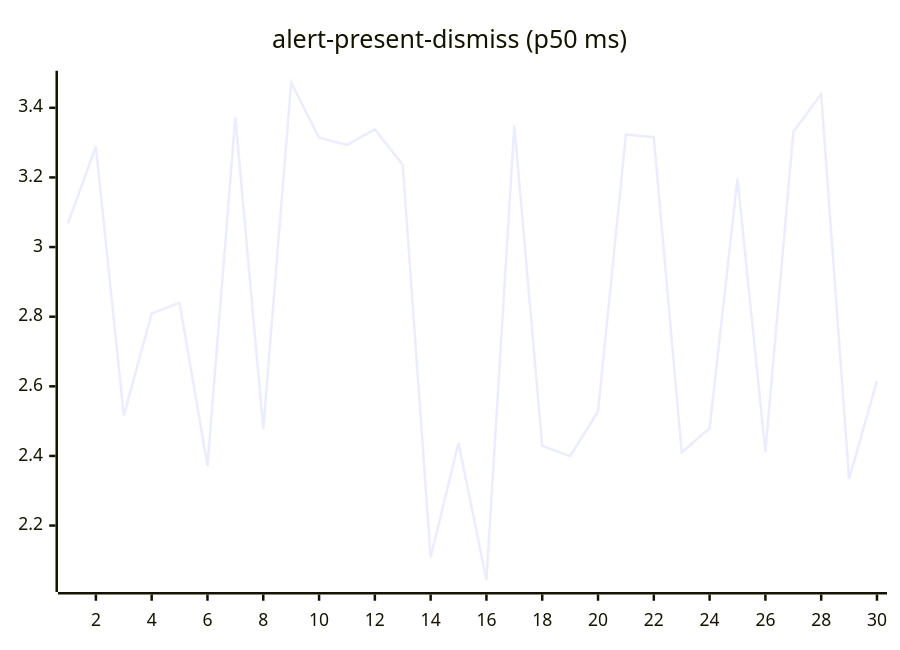
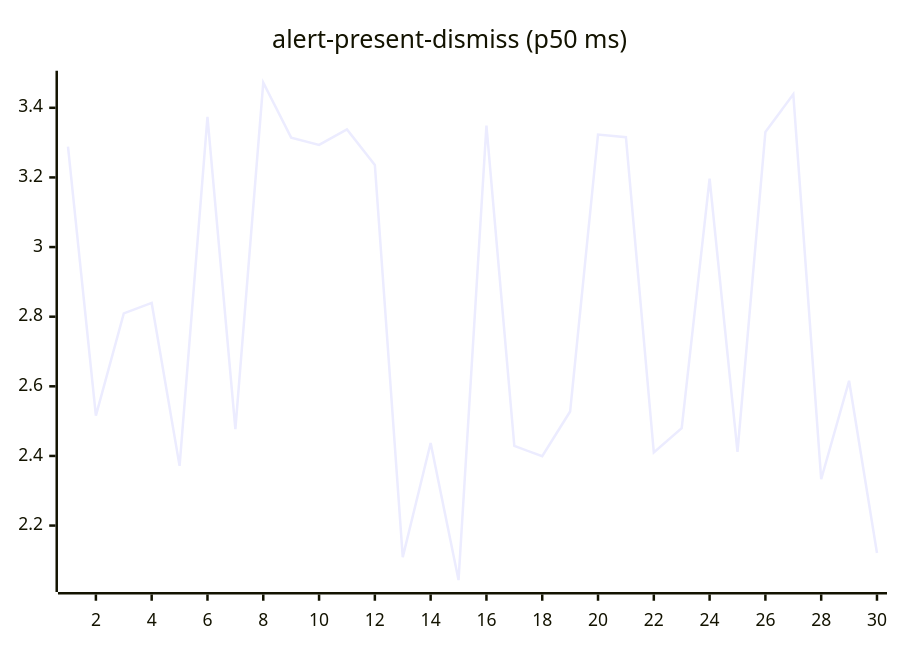
Before and after one commit to josha/Facet: the second of 27 diagrams in README.md, drawn with Mermaid. The commit also changed other lines of this file and 2 other files, not shown here.

````diff
--- a/README.md
+++ b/README.md
@@ -70,6 +70,6 @@
 ```mermaid
 xychart-beta
     title "alert-present-dismiss (p50 ms)"
     x-axis 1 --> 30
-    line [3.0684, 3.2888, 2.5156, 2.8095, 2.8395, 2.3714, 3.3741, 2.4770, 3.4723, 3.3142, 3.2934, 3.3378, 3.2358, 2.1094, 2.4372, 2.0433, 3.3486, 2.4287, 2.3992, 2.5276, 3.3233, 3.3156, 2.4099, 2.4796, 3.1966, 2.4115, 3.3306, 3.4390, 2.3331, 2.6158]
+    line [3.2888, 2.5156, 2.8095, 2.8395, 2.3714, 3.3741, 2.4770, 3.4723, 3.3142, 3.2934, 3.3378, 3.2358, 2.1094, 2.4372, 2.0433, 3.3486, 2.4287, 2.3992, 2.5276, 3.3233, 3.3156, 2.4099, 2.4796, 3.1966, 2.4115, 3.3306, 3.4390, 2.3331, 2.6158, 2.1213]
 ```
````
